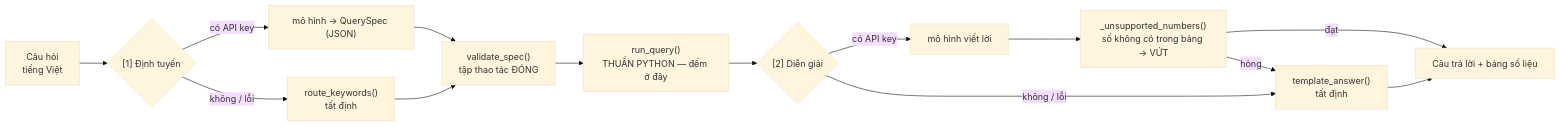
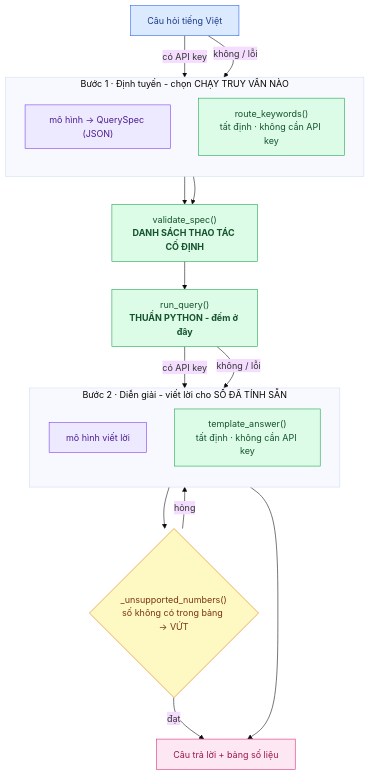
The second of 2 diagrams in reports/2026-08-07_TrinhThiLanAnh_Week3.md (anhtrinh2905/scan_benchmarkjava), drawn with Mermaid (base theme) before and after one commit. The commit also changed other lines of this file, not shown here.

````diff
--- a/reports/2026-08-07_TrinhThiLanAnh_Week3.md
+++ b/reports/2026-08-07_TrinhThiLanAnh_Week3.md
@@ -281,16 +148,46 @@
 ```mermaid
-flowchart LR
-  Q["Câu hỏi<br/>tiếng Việt"] --> R{"[1] Định tuyến"}
-  R -->|có API key| RL["mô hình → QuerySpec (JSON)"]
-  R -->|không / lỗi| RK["route_keywords()<br/>tất định"]
-  RL --> V["validate_spec()<br/>tập thao tác ĐÓNG"]
+flowchart TB
+  Q["Câu hỏi tiếng Việt"]
+
+  subgraph R1["Bước 1 · Định tuyến - chọn CHẠY TRUY VẤN NÀO"]
+    direction TB
+    RL["mô hình → QuerySpec (JSON)"]
+    RK["route_keywords()<br/>tất định · không cần API key"]
+  end
+
+  V["validate_spec()<br/><b>DANH SÁCH THAO TÁC CỐ ĐỊNH</b>"]
+  P["run_query()<br/><b>THUẦN PYTHON - đếm ở đây</b>"]
+
+  subgraph R2["Bước 2 · Diễn giải - viết lời cho SỐ ĐÃ TÍNH SẴN"]
+    direction TB
+    NL["mô hình viết lời"]
+    NT["template_answer()<br/>tất định · không cần API key"]
+  end
+
+  G{"_unsupported_numbers()<br/>số không có trong bảng → VỨT"}
+  A["Câu trả lời + bảng số liệu"]
+
+  Q -->|có API key| RL
+  Q -->|không / lỗi| RK
+  RL --> V
   RK --> V
-  V --> P["run_query()<br/>THUẦN PYTHON — đếm ở đây"]
-  P --> N{"[2] Diễn giải"}
-  N -->|có API key| NL["mô hình viết lời"]
-  N -->|không / lỗi| NT["template_answer()<br/>tất định"]
-  NL --> G["_unsupported_numbers()<br/>số không có trong bảng → VỨT"]
-  G -->|đạt| A["Câu trả lời + bảng số liệu"]
+  V --> P
+  P -->|có API key| NL
+  P -->|không / lỗi| NT
+  NL --> G
+  G -->|đạt| A
   G -->|hỏng| NT
   NT --> A
+
+  classDef data fill:#dbeafe,stroke:#2563eb,color:#1e3a8a
+  classDef py fill:#dcfce7,stroke:#16a34a,color:#14532d
+  classDef llm fill:#ede9fe,stroke:#7c3aed,color:#4c1d95
+  classDef gate fill:#fef9c3,stroke:#d97706,color:#78350f
+  classDef out fill:#fce7f3,stroke:#db2777,color:#9d174d
+
+  class Q data
+  class RK,NT,V,P py
+  class RL,NL llm
+  class G gate
+  class A out
 ```
````
